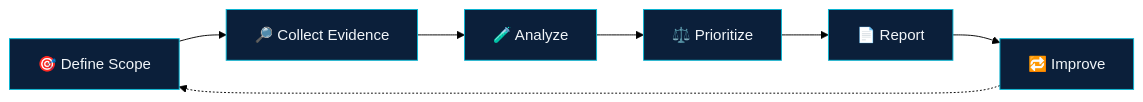
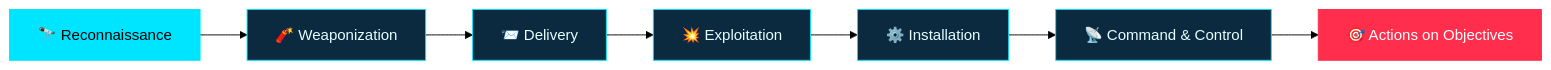
The diagram in README.md (DevAbdelfatah/DevAbdelfatah), drawn with Mermaid (forest theme) before and after one commit. The commit also changed other lines of this file, not shown here.

````diff
--- a/README.md
+++ b/README.md
@@ -128,15 +104,16 @@
 ```mermaid
 flowchart LR
-    A[🎯 Define Scope] --> B[🔎 Collect Evidence]
-    B --> C[🧪 Analyze]
-    C --> D[⚖️ Prioritize]
-    D --> E[📄 Report]
-    E --> F[🔁 Improve]
-    F -.-> A
-    style A fill:#0B1F3A,stroke:#06B6D4,color:#F1F5F9
-    style B fill:#0B1F3A,stroke:#06B6D4,color:#F1F5F9
-    style C fill:#0B1F3A,stroke:#06B6D4,color:#F1F5F9
-    style D fill:#0B1F3A,stroke:#06B6D4,color:#F1F5F9
-    style E fill:#0B1F3A,stroke:#06B6D4,color:#F1F5F9
-    style F fill:#0B1F3A,stroke:#06B6D4,color:#F1F5F9
+    R[🔭 Reconnaissance] --> W[🧨 Weaponization]
+    W --> D[📨 Delivery]
+    D --> E[💥 Exploitation]
+    E --> I[⚙️ Installation]
+    I --> C[📡 Command & Control]
+    C --> A[🎯 Actions on Objectives]
+    style R fill:#00E5FF,stroke:#00E5FF,color:#000
+    style W fill:#0B2A3F,stroke:#00E5FF,color:#E6FDFF
+    style D fill:#0B2A3F,stroke:#00E5FF,color:#E6FDFF
+    style E fill:#0B2A3F,stroke:#00E5FF,color:#E6FDFF
+    style I fill:#0B2A3F,stroke:#00E5FF,color:#E6FDFF
+    style C fill:#0B2A3F,stroke:#00E5FF,color:#E6FDFF
+    style A fill:#FF2E4D,stroke:#FF2E4D,color:#fff
 ```
````
